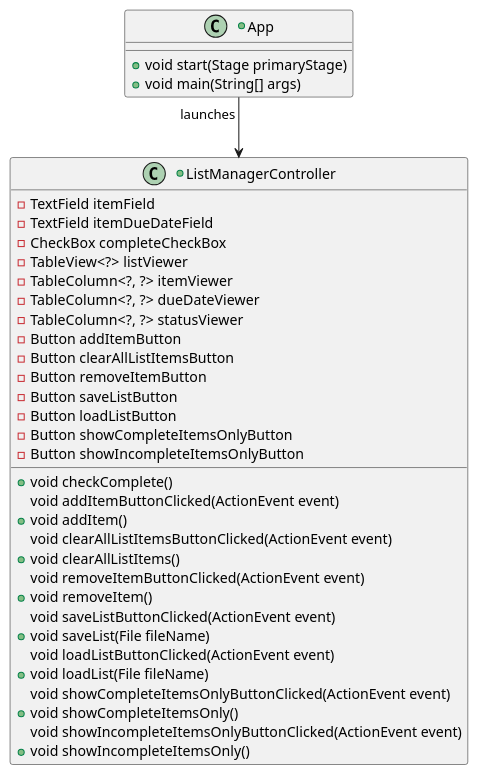
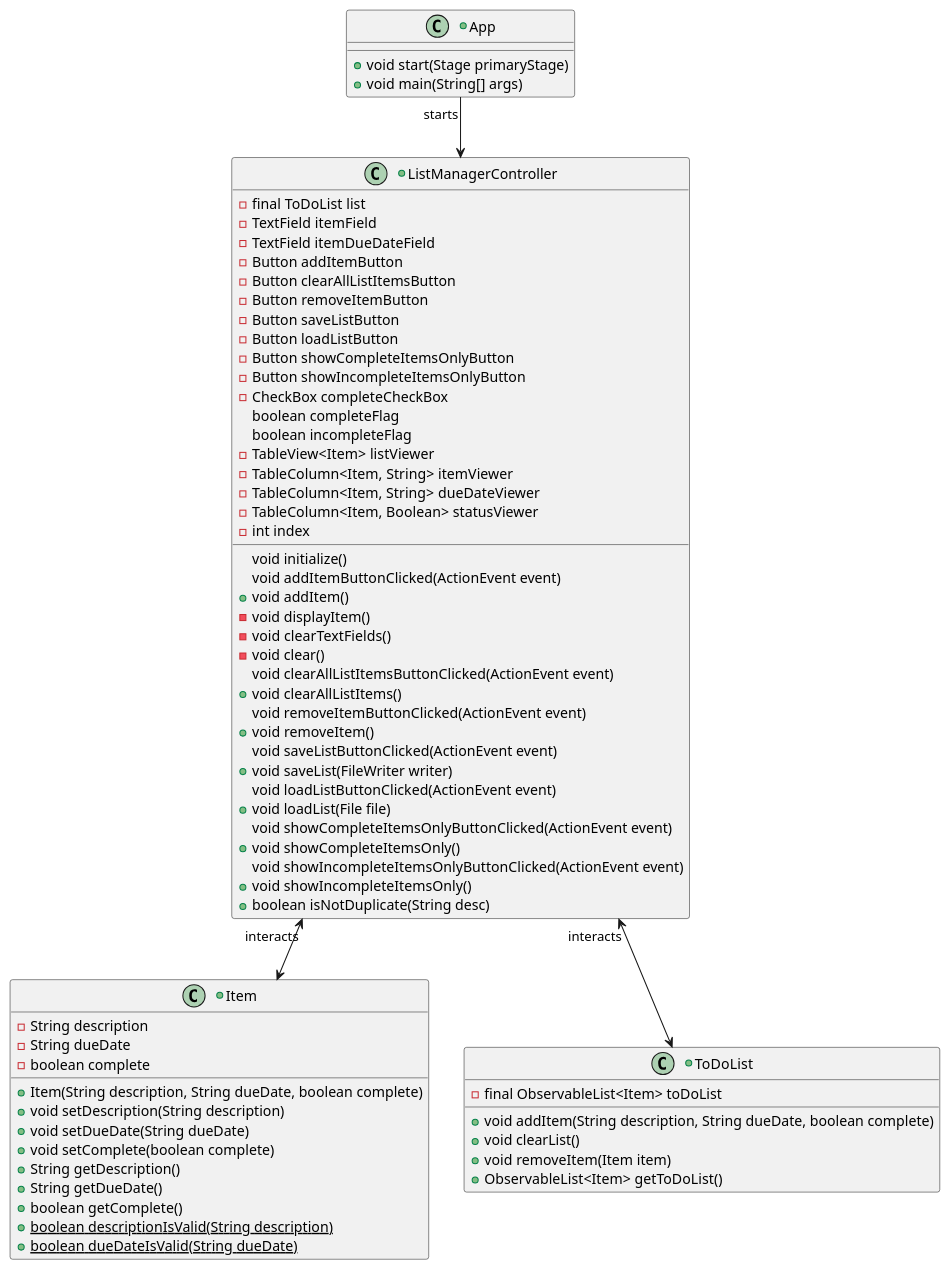
One commit to RachelCameron/cameron-cop3330-assignment4part2 changed the diagram in uml/ClassDiagram.puml. Above: the diagram before and after it, drawn with PlantUML.

Commit message:
Finalized PlantUML Class Diagram

```diff
--- a/uml/ClassDiagram.puml
+++ b/uml/ClassDiagram.puml
@@ -1,42 +1,75 @@
 @startuml
 
 +class App{
 +void start(Stage primaryStage)
 +void main(String[] args)
 }
 
++class Item{
+-String description
+-String dueDate
+-boolean complete
++Item(String description, String dueDate, boolean complete)
++void setDescription(String description)
++void setDueDate(String dueDate)
++void setComplete(boolean complete)
++String getDescription()
++String getDueDate()
++boolean getComplete()
++{static} boolean descriptionIsValid(String description)
++{static} boolean dueDateIsValid(String dueDate)
+}
+
 +class ListManagerController{
+-final ToDoList list
 -TextField itemField
 -TextField itemDueDateField
+-Button addItemButton
+-Button clearAllListItemsButton
+-Button removeItemButton
+-Button saveListButton
+-Button loadListButton
+-Button showCompleteItemsOnlyButton
+-Button showIncompleteItemsOnlyButton
 -CheckBox completeCheckBox
-+void checkComplete()
--TableView<?> listViewer
--TableColumn<?, ?> itemViewer
--TableColumn<?, ?> dueDateViewer
--TableColumn<?, ?> statusViewer
--Button addItemButton
+boolean completeFlag
+boolean incompleteFlag
+-TableView<Item> listViewer
+-TableColumn<Item, String> itemViewer
+-TableColumn<Item, String> dueDateViewer
+-TableColumn<Item, Boolean> statusViewer
+-int index
+void initialize()
 void addItemButtonClicked(ActionEvent event)
 +void addItem()
--Button clearAllListItemsButton
+-void displayItem()
+-void clearTextFields()
+-void clear()
 void clearAllListItemsButtonClicked(ActionEvent event)
 +void clearAllListItems()
--Button removeItemButton
 void removeItemButtonClicked(ActionEvent event)
 +void removeItem()
--Button saveListButton
 void saveListButtonClicked(ActionEvent event)
-+void saveList(File fileName)
--Button loadListButton
++void saveList(FileWriter writer)
 void loadListButtonClicked(ActionEvent event)
-+void loadList(File fileName)
--Button showCompleteItemsOnlyButton
++void loadList(File file)
 void showCompleteItemsOnlyButtonClicked(ActionEvent event)
 +void showCompleteItemsOnly()
--Button showIncompleteItemsOnlyButton
 void showIncompleteItemsOnlyButtonClicked(ActionEvent event)
 +void showIncompleteItemsOnly()
++boolean isNotDuplicate(String desc)
 }
 
-App "launches" --> ListManagerController
++class ToDoList{
+-final ObservableList<Item> toDoList
++void addItem(String description, String dueDate, boolean complete)
++void clearList()
++void removeItem(Item item)
++ObservableList<Item> getToDoList()
+}
+
+App "starts" --> ListManagerController
+ListManagerController "interacts" <--> Item
+ListManagerController "interacts" <--> ToDoList
 
 @enduml
```
